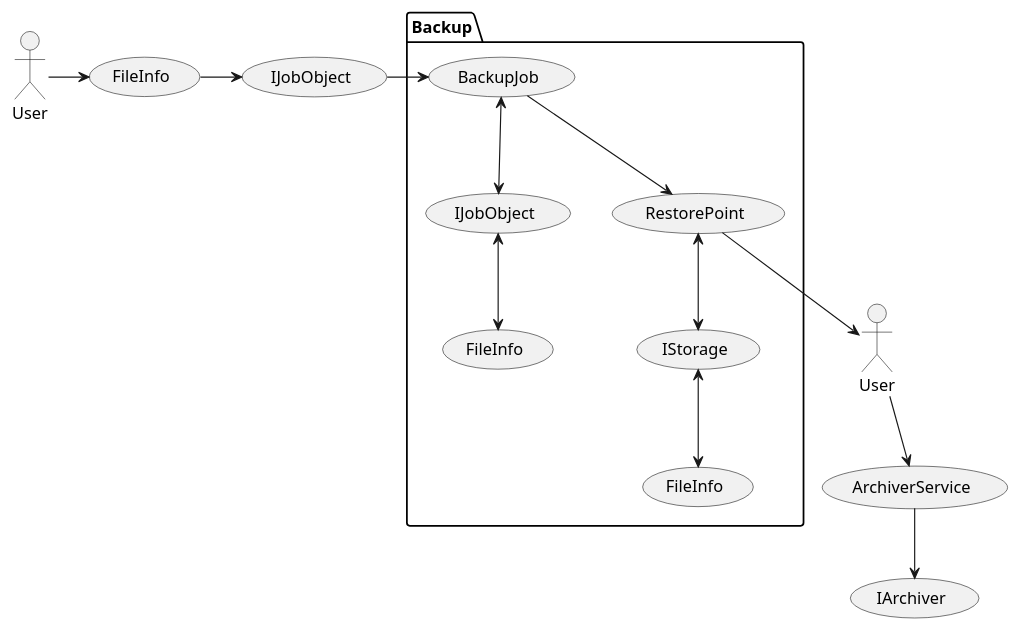
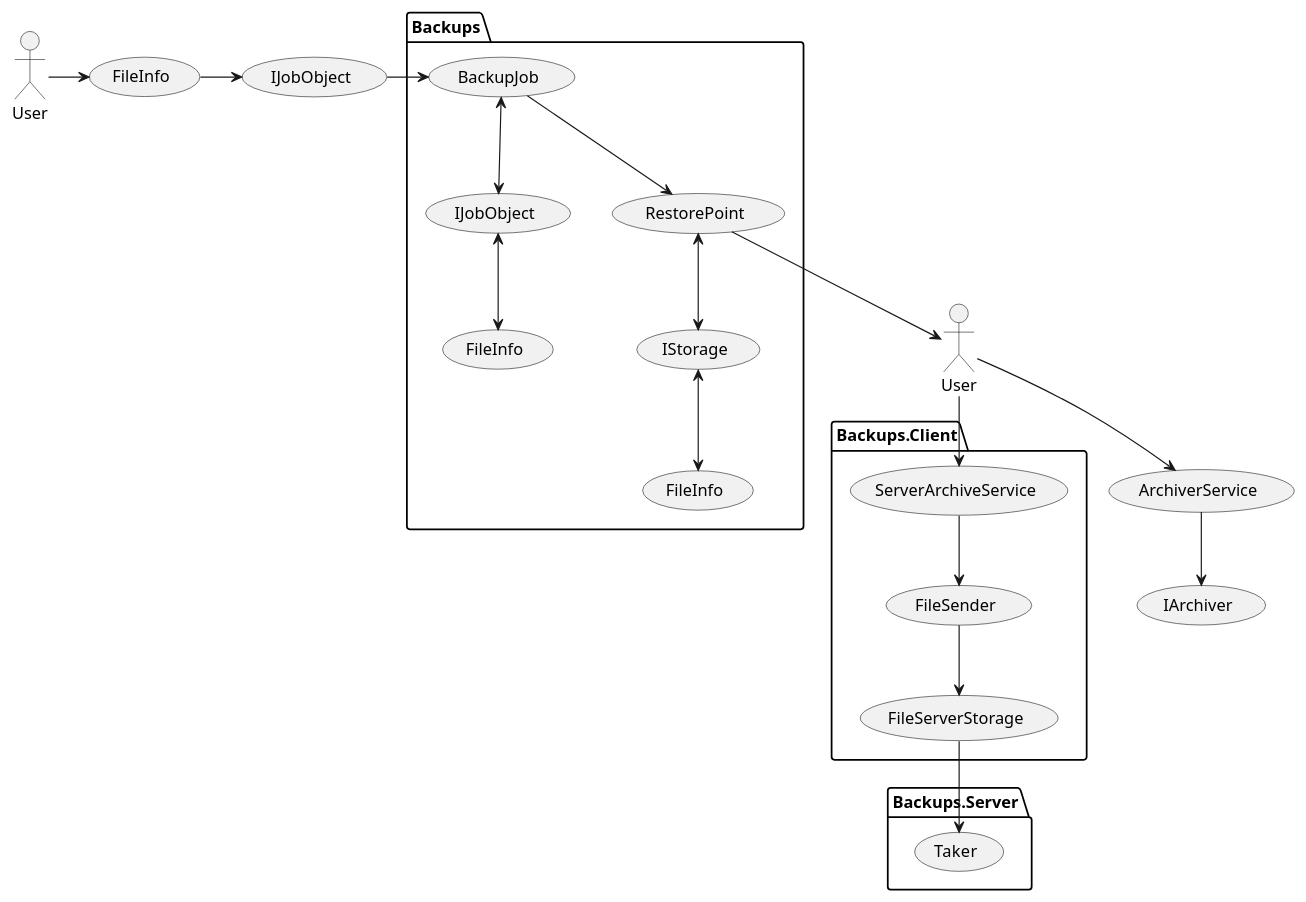
Before and after one commit to Ar4eR-ValerA/OOP.IIIsem: the diagram in Docs/Usecase.puml, drawn with PlantUML. The commit also changed 1 other file, not shown here.

Commit message:
docs: updates docs       classes uml v4.0       usecase uml v2.0

```diff
--- a/Docs/Usecase.puml
+++ b/Docs/Usecase.puml
@@ -1,36 +1,53 @@
 @startuml
 
 actor User as UserSender
 actor User as UserTaker
 
 
-package Backup {
+package Backups {
     usecase BackupJob
     usecase IJobObject
     usecase RestorePoint  
     usecase IStorage
     usecase FileInfo as FileStorageInfo
     usecase FileInfo as FileJobObjectInfo
 }
 
 usecase FileInfo as FileUserInfo
 usecase IJobObject as JobObjectUser
 
 BackupJob <--> IJobObject
 BackupJob --> RestorePoint
 RestorePoint <--> IStorage
 IStorage <--> FileStorageInfo
 IJobObject <--> FileJobObjectInfo
 
 UserSender -> FileUserInfo
 FileUserInfo -> JobObjectUser
 JobObjectUser -> BackupJob
 RestorePoint --> UserTaker
 
 usecase ArchiverService
 usecase IArchiver
 
+package Backups.Server {
+    usecase Taker
+}
+
+package Backups.Client {
+    usecase ServerArchiveService
+    usecase FileSender
+    usecase FileServerStorage
+}
+
 UserTaker --> ArchiverService
 ArchiverService --> IArchiver
+UserTaker --> ServerArchiveService
+ServerArchiveService --> FileSender
+FileSender --> FileServerStorage
+
+FileServerStorage --> Taker
+
+
 
 @enduml
```
